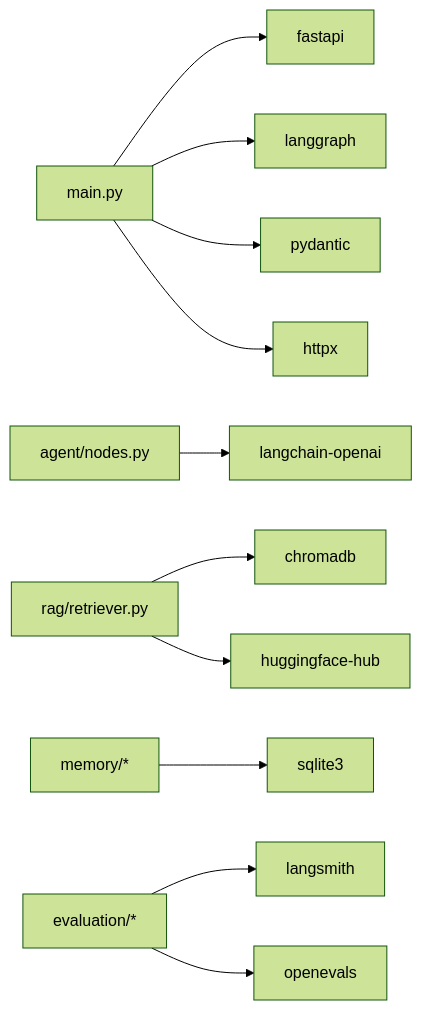
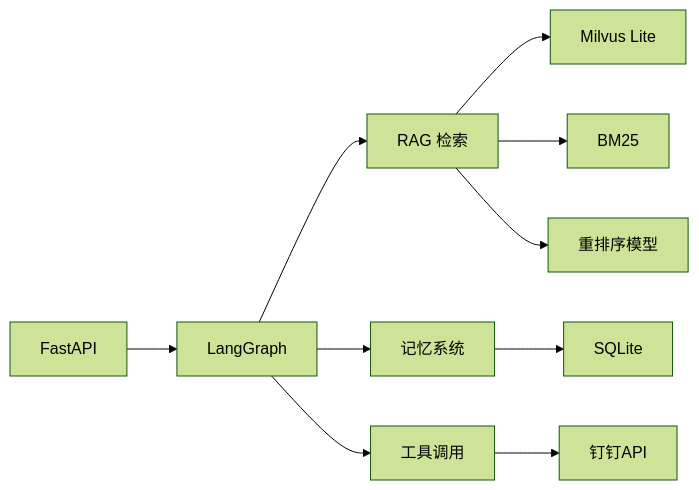
The seventh of 7 diagrams in .qoder/repowiki/zh/content/项目概述.md (Cecil09312/DingDingAIAssistant), drawn with Mermaid (forest theme) before and after one commit. The commit also changed other lines of this file and 81 other files, not shown here.

````diff
--- a/.qoder/repowiki/zh/content/项目概述.md
+++ b/.qoder/repowiki/zh/content/项目概述.md
@@ -347,13 +281,12 @@
 ```mermaid
 graph LR
-MAIN["main.py"] --> FASTAPI["fastapi"]
-MAIN --> LANGGRAPH["langgraph"]
-MAIN --> PYDANTIC["pydantic"]
-MAIN --> HTTPX["httpx"]
-NODES["agent/nodes.py"] --> OPENAI["langchain-openai"]
-RETRIEVER["rag/retriever.py"] --> CHROMA["chromadb"]
-RETRIEVER --> HF["huggingface-hub"]
-MEMORY["memory/*"] --> SQLITE["sqlite3"]
-EVAL["evaluation/*"] --> LANGSMITH["langsmith"]
-EVAL --> OPENEVALS["openevals"]
+A["FastAPI"] --> B["LangGraph"]
+B --> C["RAG 检索"]
+B --> D["记忆系统"]
+B --> E["工具调用"]
+C --> F["Milvus Lite"]
+C --> G["BM25"]
+C --> H["重排序模型"]
+D --> I["SQLite"]
+E --> J["钉钉API"]
 ```
````
